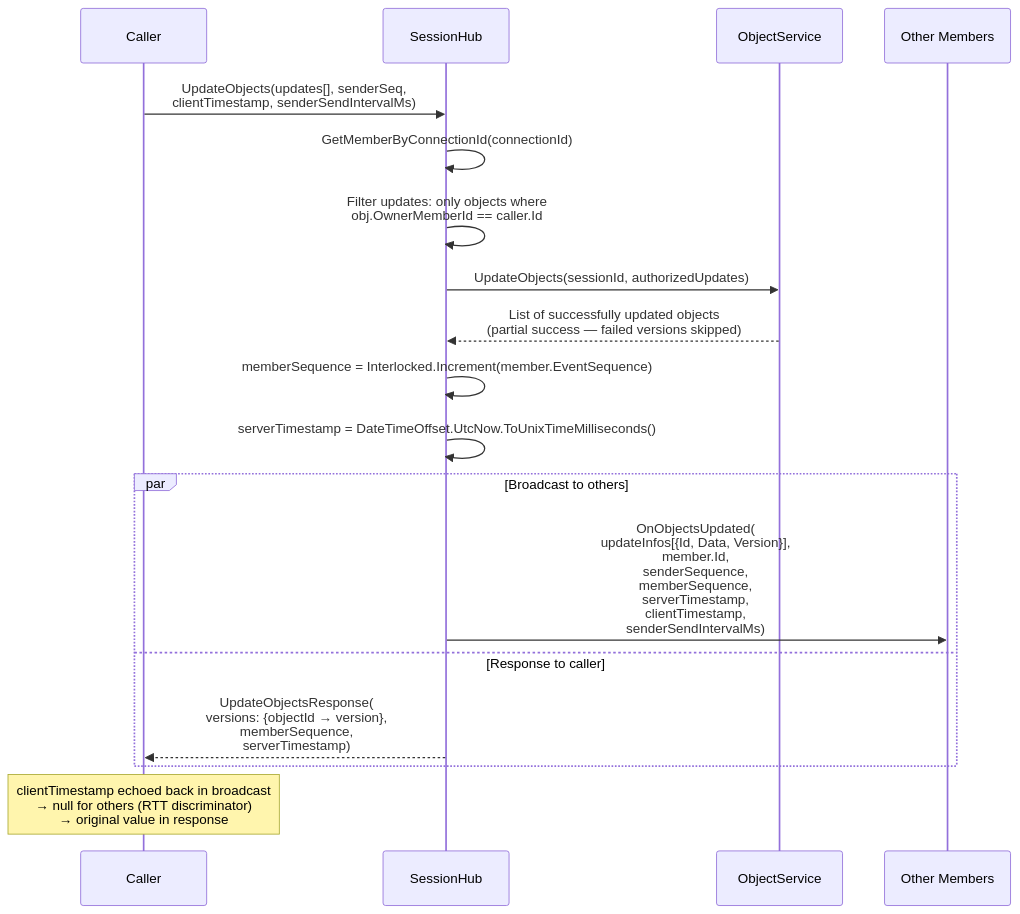
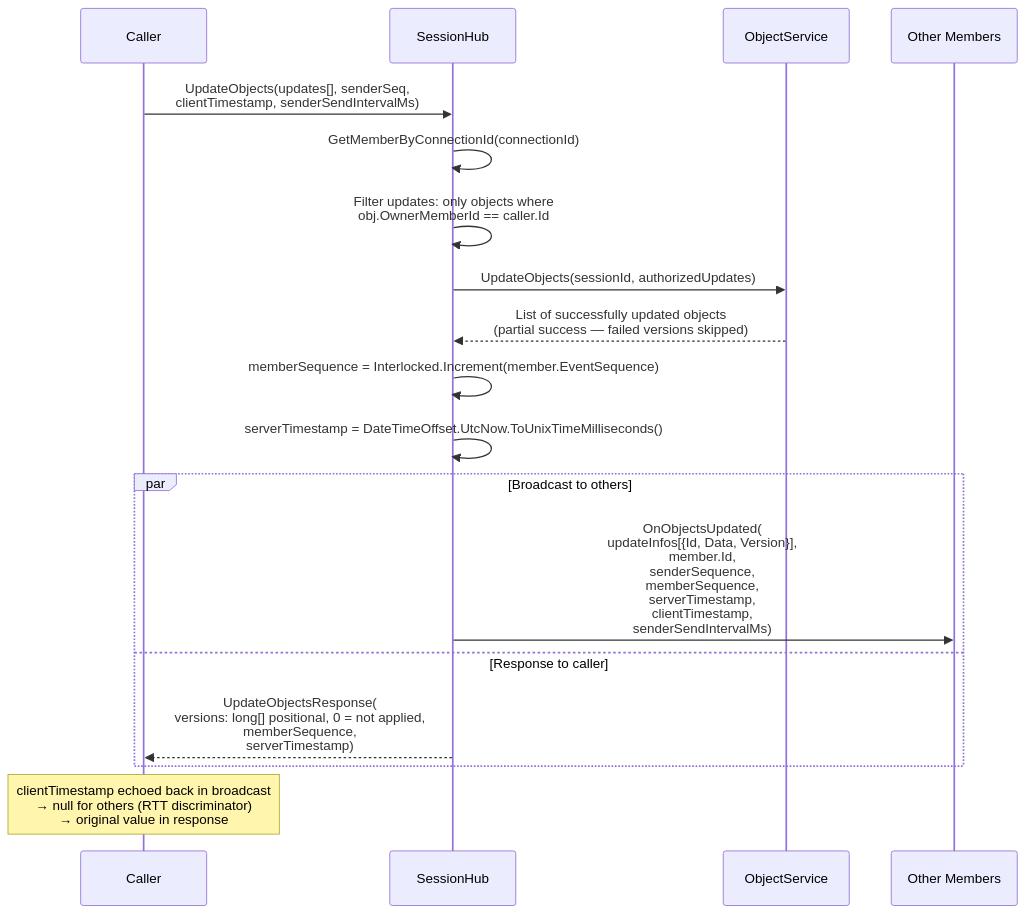
One commit to badvoidstar/astervoids changed diagram 12 of 36 in ARCHITECTURE.md. Above: the diagram before and after it, drawn with Mermaid. The commit also changed other lines of this file and 8 other files, not shown here.

````diff
--- a/ARCHITECTURE.md
+++ b/ARCHITECTURE.md
@@ -797,23 +797,23 @@
 ```mermaid
 sequenceDiagram
     participant C as Caller
     participant HUB as SessionHub
     participant OS as ObjectService
     participant OTH as Other Members
 
     C->>HUB: UpdateObjects(updates[], senderSeq,<br/>clientTimestamp, senderSendIntervalMs)
     HUB->>HUB: GetMemberByConnectionId(connectionId)
     HUB->>HUB: Filter updates: only objects where<br/>obj.OwnerMemberId == caller.Id
     HUB->>OS: UpdateObjects(sessionId, authorizedUpdates)
     OS-->>HUB: List of successfully updated objects<br/>(partial success — failed versions skipped)
     HUB->>HUB: memberSequence = Interlocked.Increment(member.EventSequence)
     HUB->>HUB: serverTimestamp = DateTimeOffset.UtcNow.ToUnixTimeMilliseconds()
 
     par Broadcast to others
         HUB->>OTH: OnObjectsUpdated(<br/>  updateInfos[{Id, Data, Version}],<br/>  member.Id,<br/>  senderSequence,<br/>  memberSequence,<br/>  serverTimestamp,<br/>  clientTimestamp,<br/>  senderSendIntervalMs)
     and Response to caller
-        HUB-->>C: UpdateObjectsResponse(<br/>  versions: {objectId → version},<br/>  memberSequence,<br/>  serverTimestamp)
+        HUB-->>C: UpdateObjectsResponse(<br/>  versions: long[] positional, 0 = not applied,<br/>  memberSequence,<br/>  serverTimestamp)
     end
 
     Note over C: clientTimestamp echoed back in broadcast<br/>→ null for others (RTT discriminator)<br/>→ original value in response
 ```
````
